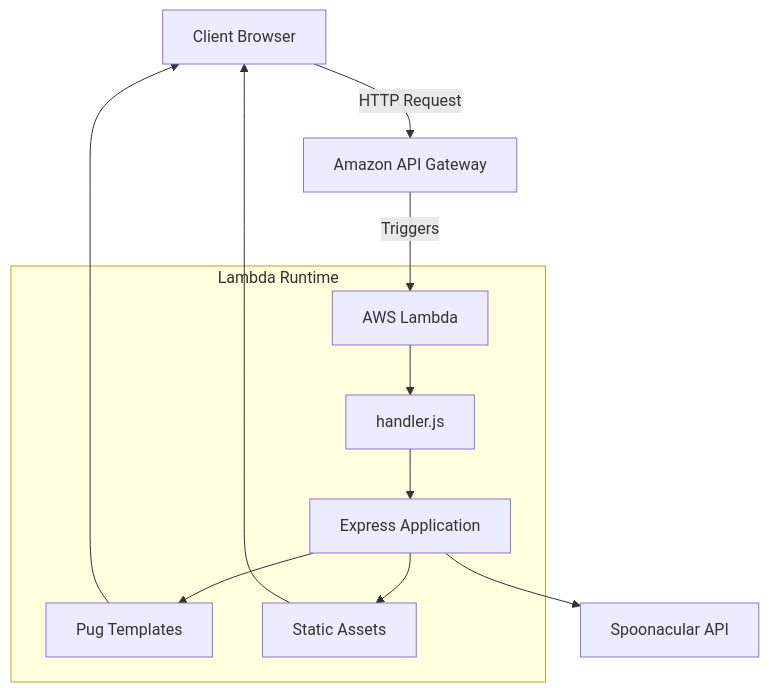
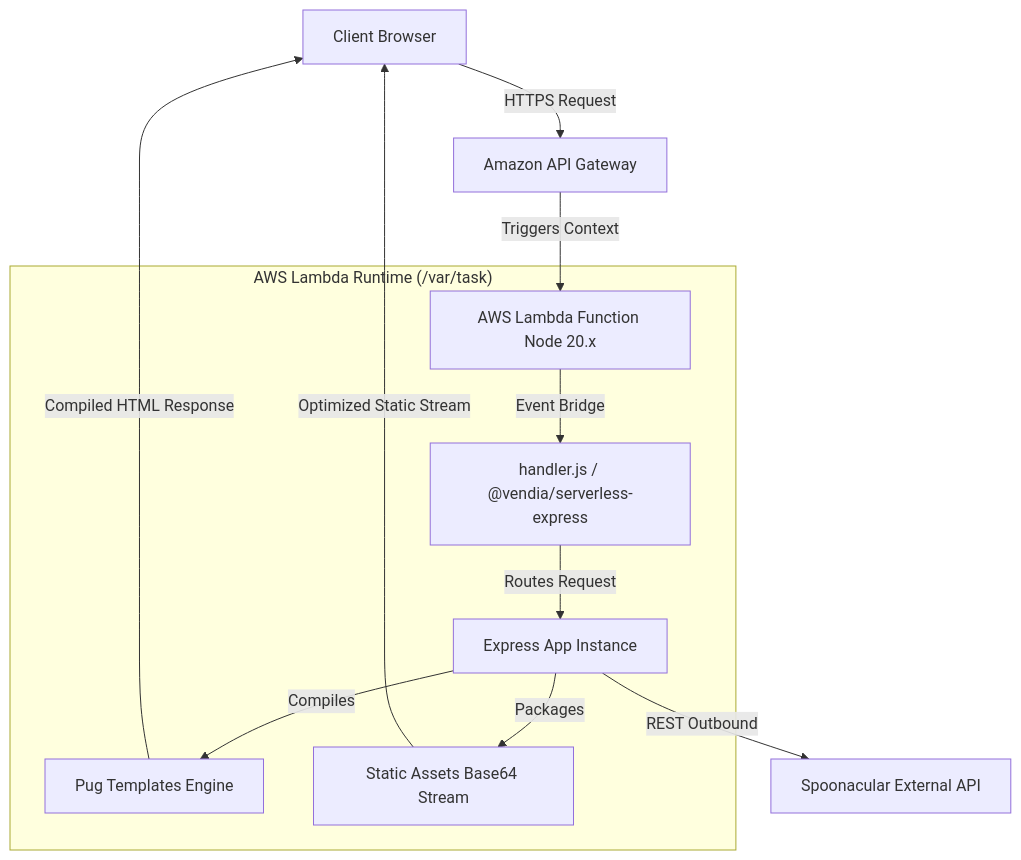
The diagram in README.md (andresafag/food), drawn with Mermaid before and after one commit. The commit also changed other lines of this file, not shown here.

Commit message:
change: readme file core features and mermaid diagrams

````diff
--- a/README.md
+++ b/README.md
@@ -67,20 +51,16 @@
 ```mermaid
 graph TD
-
-Client[Client Browser] -->|HTTP Request| APIGateway[Amazon API Gateway]
-
-APIGateway -->|Triggers| Lambda[AWS Lambda]
-
-subgraph Lambda Runtime
-    Lambda --> Handler[handler.js]
-    Handler --> Express[Express Application]
-
-    Express --> Views[Pug Templates]
-    Express --> Static[Static Assets]
-end
-
-Express --> Spoonacular[Spoonacular API]
-
-Views --> Client
-Static --> Client
+    Client[Client Browser] -->|HTTPS Request| APIGateway[Amazon API Gateway]
+    APIGateway -->|Triggers Context| Lambda[AWS Lambda Function Node 20.x]
+    
+    subgraph "AWS Lambda Runtime (/var/task)"
+        Lambda -->|"Event Bridge"| Handler["handler.js / @vendia/serverless-express"]
+        Handler -->|"Routes Request"| Express[Express App Instance]
+        Express -->|"Compiles"| Views[Pug Templates Engine]
+        Express -->|"Packages"| Static[Static Assets Base64 Stream]
+    end
+    
+    Express -->|"REST Outbound"| Spoonacular[Spoonacular External API]
+    Views -->|"Compiled HTML Response"| Client
+    Static -->|"Optimized Static Stream"| Client
 ```
````
